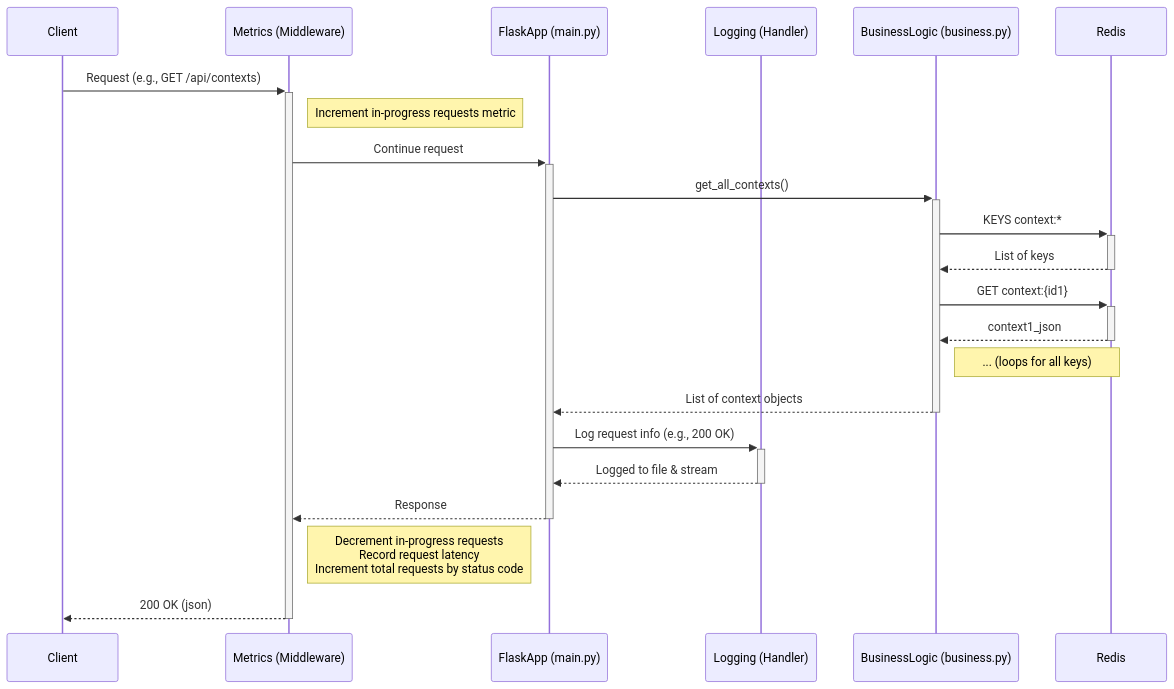
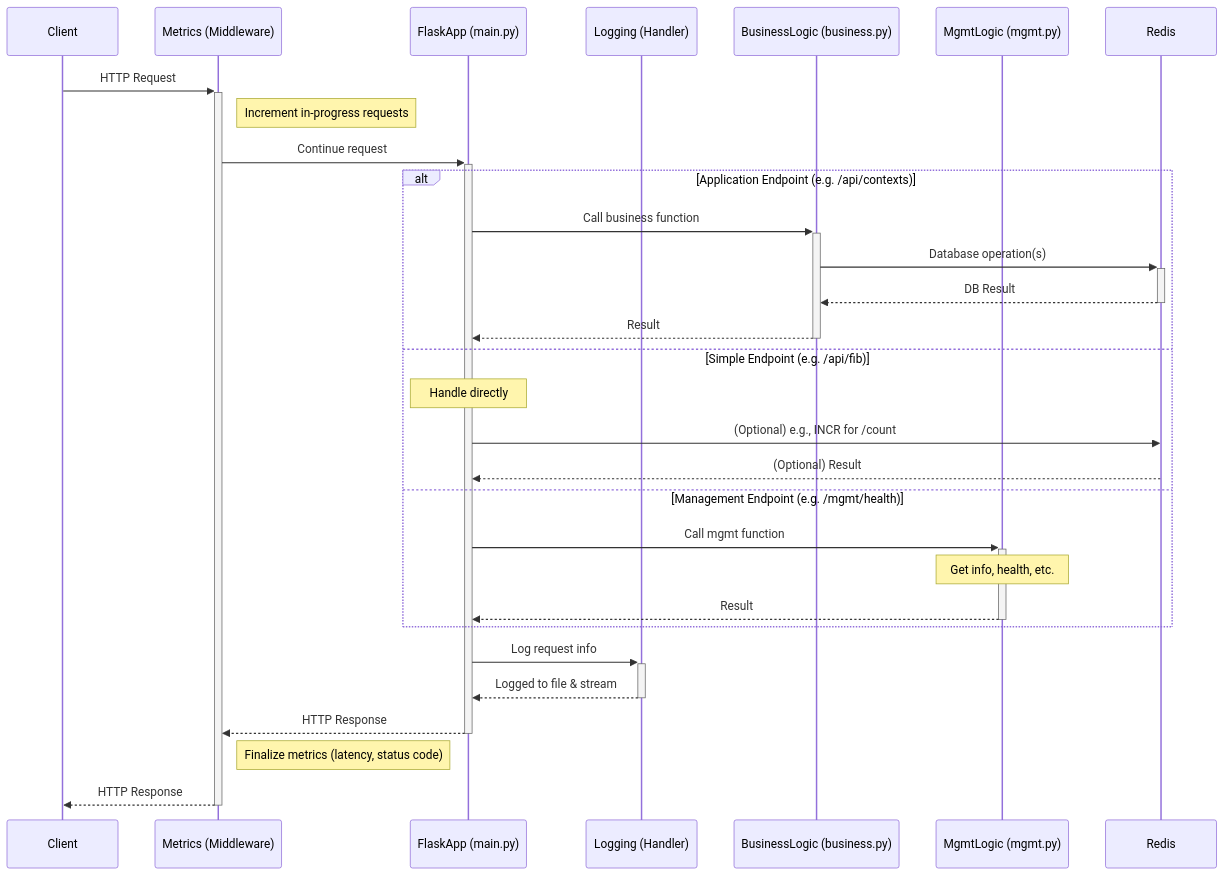
The diagram in sequence-diagram.mmd (lorenzogirardi/flask-test-api), drawn with Mermaid before and after one commit. The commit also changed 1 other file, not shown here.

Commit message:
docs: Update sequence diagram to show all endpoint types

```diff
--- a/sequence-diagram.mmd
+++ b/sequence-diagram.mmd
@@ -1,26 +1,34 @@
 sequenceDiagram
     participant Client
     participant Metrics (Middleware)
     participant FlaskApp (main.py)
     participant Logging (Handler)
     participant BusinessLogic (business.py)
+    participant MgmtLogic (mgmt.py)
     participant Redis
 
-    Client->>+Metrics (Middleware): Request (e.g., GET /api/contexts)
-    note right of Metrics (Middleware): Increment in-progress requests metric
+    Client->>+Metrics (Middleware): HTTP Request
+    note right of Metrics (Middleware): Increment in-progress requests
     Metrics (Middleware)->>+FlaskApp (main.py): Continue request
 
-    FlaskApp (main.py)->>+BusinessLogic (business.py): get_all_contexts()
-    BusinessLogic (business.py)->>+Redis: KEYS context:*
-    Redis-->>-BusinessLogic (business.py): List of keys
-    BusinessLogic (business.py)->>+Redis: GET context:{id1}
-    Redis-->>-BusinessLogic (business.py): context1_json
-    note right of BusinessLogic (business.py): ... (loops for all keys)
-    BusinessLogic (business.py)-->>-FlaskApp (main.py): List of context objects
+    alt Application Endpoint (e.g. /api/contexts)
+        FlaskApp (main.py)->>+BusinessLogic (business.py): Call business function
+        BusinessLogic (business.py)->>+Redis: Database operation(s)
+        Redis-->>-BusinessLogic (business.py): DB Result
+        BusinessLogic (business.py)-->>-FlaskApp (main.py): Result
+    else Simple Endpoint (e.g. /api/fib)
+        note over FlaskApp (main.py): Handle directly
+        FlaskApp (main.py) ->> Redis: (Optional) e.g., INCR for /count
+        Redis -->> FlaskApp (main.py): (Optional) Result
+    else Management Endpoint (e.g. /mgmt/health)
+        FlaskApp (main.py)->>+MgmtLogic (mgmt.py): Call mgmt function
+        note over MgmtLogic (mgmt.py): Get info, health, etc.
+        MgmtLogic (mgmt.py)-->>-FlaskApp (main.py): Result
+    end
 
-    FlaskApp (main.py)->>+Logging (Handler): Log request info (e.g., 200 OK)
+    FlaskApp (main.py)->>+Logging (Handler): Log request info
     Logging (Handler)-->>-FlaskApp (main.py): Logged to file & stream
 
-    FlaskApp (main.py)-->>-Metrics (Middleware): Response
-    note right of Metrics (Middleware): Decrement in-progress requests<br/>Record request latency<br/>Increment total requests by status code
-    Metrics (Middleware)-->>-Client: 200 OK (json)
+    FlaskApp (main.py)-->>-Metrics (Middleware): HTTP Response
+    note right of Metrics (Middleware): Finalize metrics (latency, status code)
+    Metrics (Middleware)-->>-Client: HTTP Response
```
